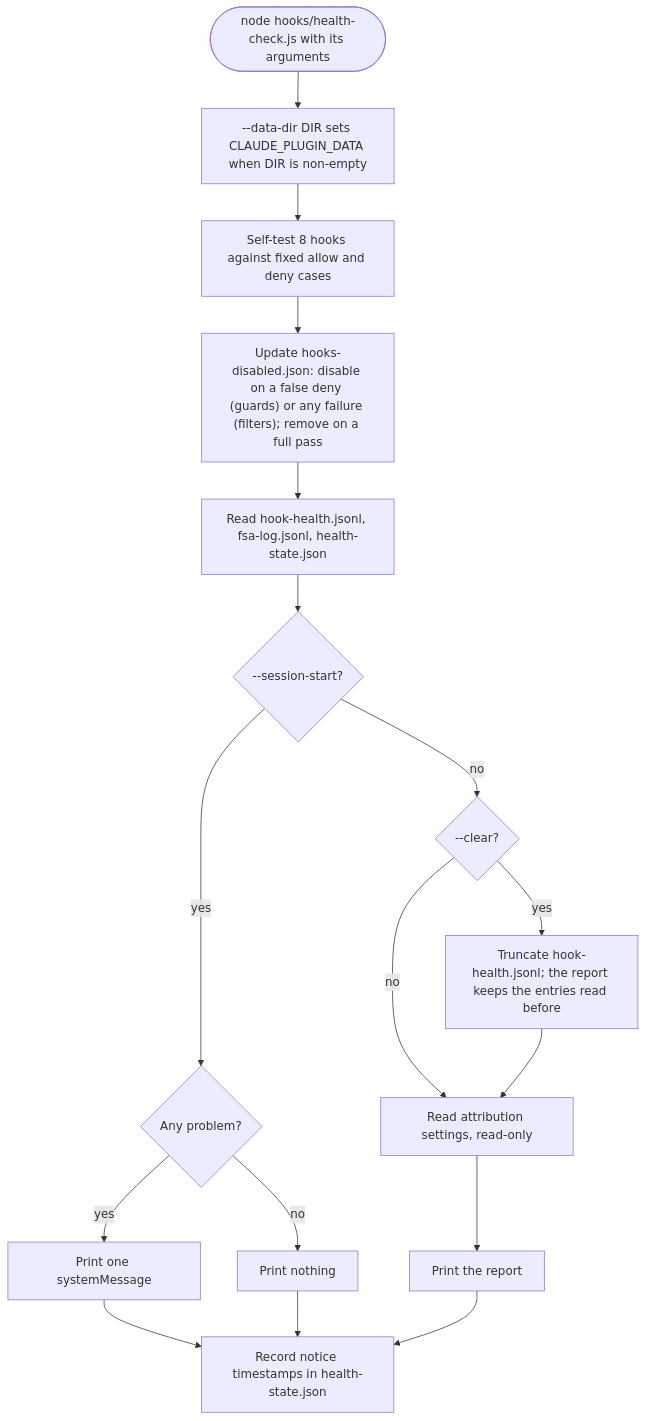
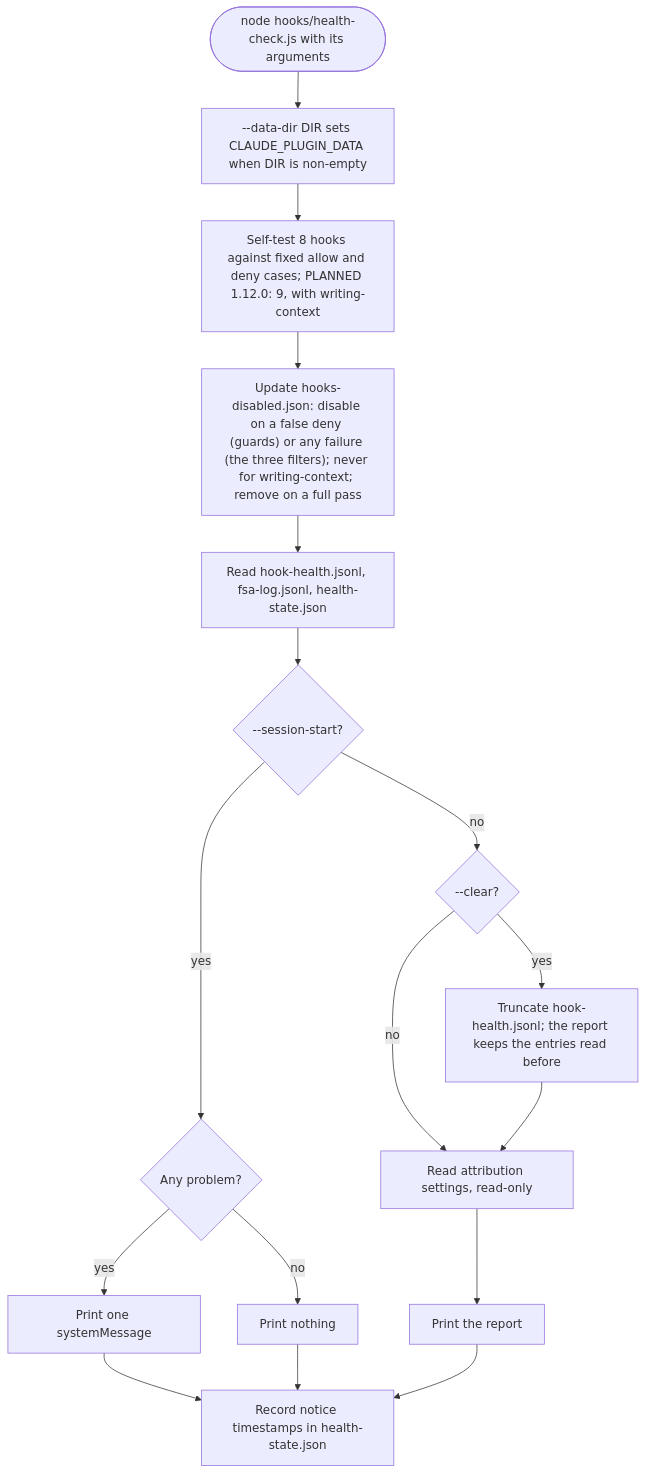
One commit to tjmonsi/assist-marketplace-plugin changed the diagram in specs/spec-hooks-health-check-flow.mmd. Above: the diagram before and after it, drawn with Mermaid. The commit also changed 60 other files, not shown here.

```diff
--- a/specs/spec-hooks-health-check-flow.mmd
+++ b/specs/spec-hooks-health-check-flow.mmd
@@ -1,17 +1,17 @@
 flowchart TD
   S(["node hooks/health-check.js with its arguments"]) --> A["--data-dir DIR sets CLAUDE_PLUGIN_DATA when DIR is non-empty"]
-  A --> B["Self-test 8 hooks against fixed allow and deny cases"]
-  B --> C["Update hooks-disabled.json: disable on a false deny (guards) or any failure (filters); remove on a full pass"]
+  A --> B["Self-test 8 hooks against fixed allow and deny cases; PLANNED 1.12.0: 9, with writing-context"]
+  B --> C["Update hooks-disabled.json: disable on a false deny (guards) or any failure (the three filters); never for writing-context; remove on a full pass"]
   C --> D["Read hook-health.jsonl, fsa-log.jsonl, health-state.json"]
   D --> E{"--session-start?"}
   E -->|yes| F{"Any problem?"}
   F -->|yes| G["Print one systemMessage"]
   F -->|no| H["Print nothing"]
   E -->|no| I{"--clear?"}
   I -->|yes| J["Truncate hook-health.jsonl; the report keeps the entries read before"]
   I -->|no| K["Read attribution settings, read-only"]
   J --> K
   K --> L["Print the report"]
   G --> M["Record notice timestamps in health-state.json"]
   H --> M
   L --> M
```
